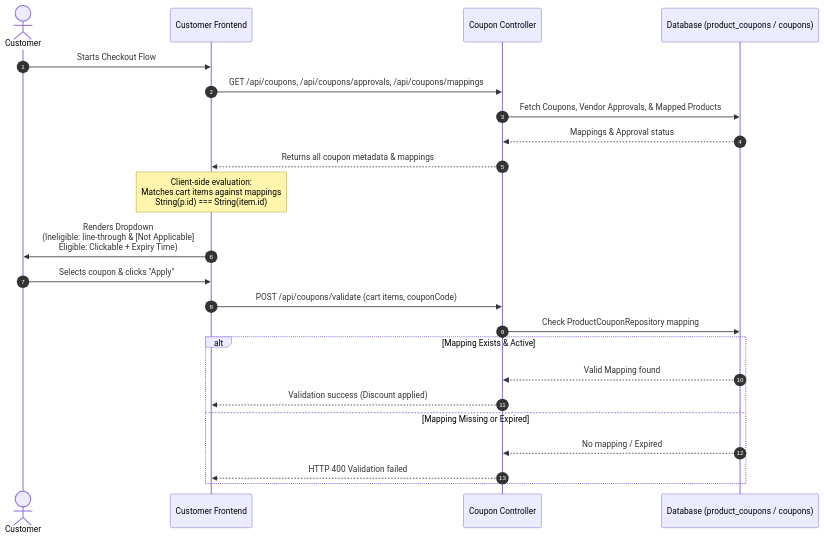
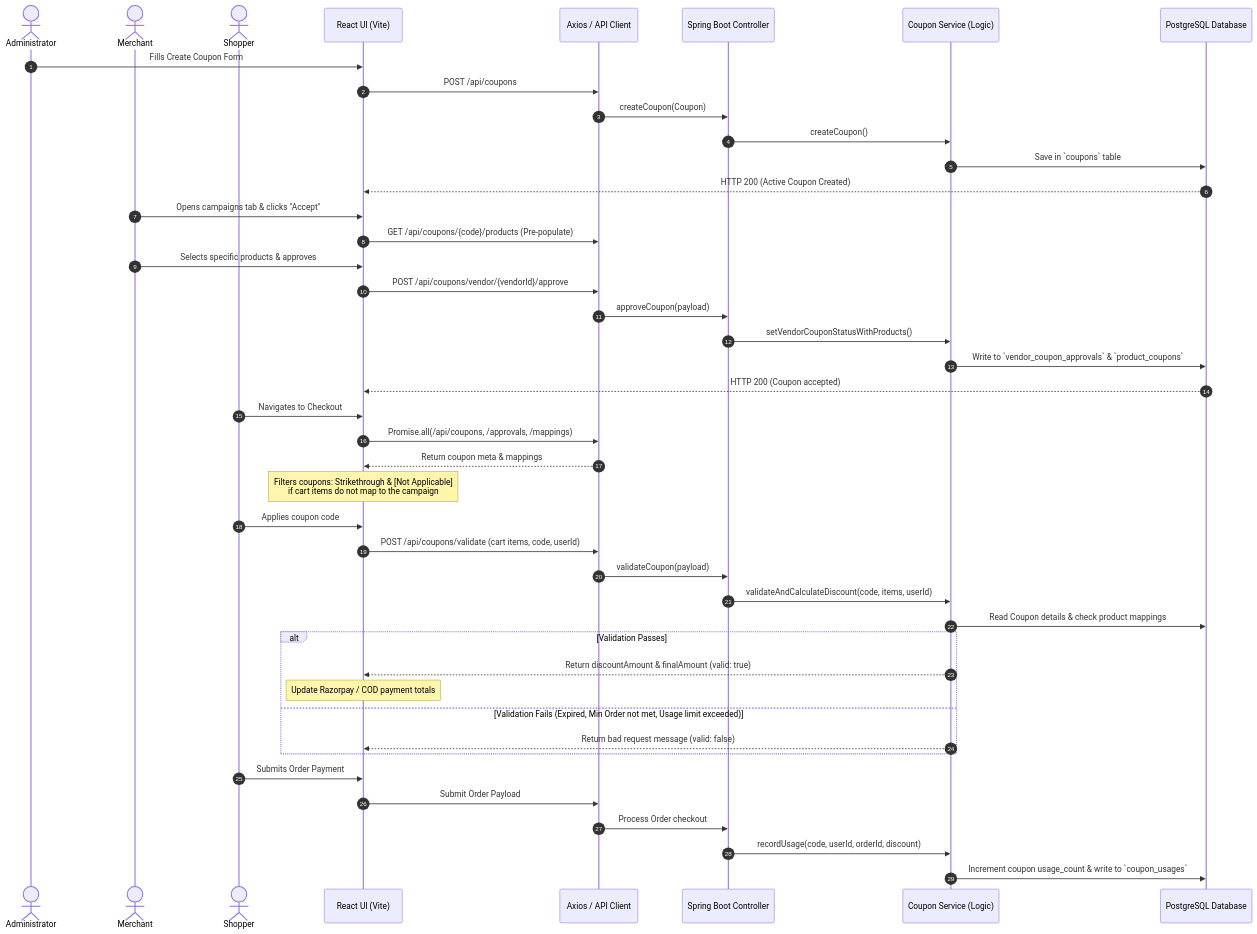
The diagram in README.md (anirban0021/ShopStack--Enterprise-Multi-Vendor-E-Commerce-Platform), drawn with Mermaid before and after one commit. The commit also changed other lines of this file, not shown here.

Commit message:
Enhancement: Implement Coupon and Promotion Engine with selective product mapping and advanced validation

````diff
--- a/README.md
+++ b/README.md
@@ -1149,26 +1191,54 @@
 ```mermaid
 sequenceDiagram
     autonumber
-    actor Customer
-    participant FE as Customer Frontend
-    participant BE as Coupon Controller
-    participant DB as Database (product_coupons / coupons)
+    actor Admin as Administrator
+    actor Vendor as Merchant
+    actor Customer as Shopper
+    participant React as React UI (Vite)
+    participant Axios as Axios / API Client
+    participant Controller as Spring Boot Controller
+    participant Service as Coupon Service (Logic)
+    participant DB as PostgreSQL Database
 
-    Customer->>FE: Starts Checkout Flow
-    FE->>BE: GET /api/coupons, /api/coupons/approvals, /api/coupons/mappings
-    BE->>DB: Fetch Coupons, Vendor Approvals, & Mapped Products
-    DB-->>BE: Mappings & Approval status
-    BE-->>FE: Returns all coupon metadata & mappings
-    Note over FE: Client-side evaluation:<br/>Matches cart items against mappings<br/>String(p.id) === String(item.id)
-    FE->>Customer: Renders Dropdown<br/>(Ineligible: line-through & [Not Applicable]<br/>Eligible: Clickable + Expiry Time)
-    Customer->>FE: Selects coupon & clicks "Apply"
-    FE->>BE: POST /api/coupons/validate (cart items, couponCode)
-    BE->>DB: Check ProductCouponRepository mapping
-    alt Mapping Exists & Active
-        DB-->>BE: Valid Mapping found
-        BE-->>FE: Validation success (Discount applied)
-    else Mapping Missing or Expired
-        DB-->>BE: No mapping / Expired
-        BE-->>FE: HTTP 400 Validation failed
+    %% Admin Workflow
+    Admin->>React: Fills Create Coupon Form
+    React->>Axios: POST /api/coupons
+    Axios->>Controller: createCoupon(Coupon)
+    Controller->>Service: createCoupon()
+    Service->>DB: Save in `coupons` table
+    DB-->>React: HTTP 200 (Active Coupon Created)
+
+    %% Vendor Mapping Workflow
+    Vendor->>React: Opens campaigns tab & clicks "Accept"
+    React->>Axios: GET /api/coupons/{code}/products (Pre-populate)
+    Vendor->>React: Selects specific products & approves
+    React->>Axios: POST /api/coupons/vendor/{vendorId}/approve
+    Axios->>Controller: approveCoupon(payload)
+    Controller->>Service: setVendorCouponStatusWithProducts()
+    Service->>DB: Write to `vendor_coupon_approvals` & `product_coupons`
+    DB-->>React: HTTP 200 (Coupon accepted)
+
+    %% Customer Application Workflow
+    Customer->>React: Navigates to Checkout
+    React->>Axios: Promise.all(/api/coupons, /approvals, /mappings)
+    Axios-->>React: Return coupon meta & mappings
+    Note over React: Filters coupons: Strikethrough & [Not Applicable]<br/>if cart items do not map to the campaign
+    Customer->>React: Applies coupon code
+    React->>Axios: POST /api/coupons/validate (cart items, code, userId)
+    Axios->>Controller: validateCoupon(payload)
+    Controller->>Service: validateAndCalculateDiscount(code, items, userId)
+    Service->>DB: Read Coupon details & check product mappings
+    alt Validation Passes
+        Service-->>React: Return discountAmount & finalAmount (valid: true)
+        Note over React: Update Razorpay / COD payment totals
+    else Validation Fails (Expired, Min Order not met, Usage limit exceeded)
+        Service-->>React: Return bad request message (valid: false)
     end
+
+    %% Order Submission & Usage Tracking
+    Customer->>React: Submits Order Payment
+    React->>Axios: Submit Order Payload
+    Axios->>Controller: Process Order checkout
+    Controller->>Service: recordUsage(code, userId, orderId, discount)
+    Service->>DB: Increment coupon usage_count & write to `coupon_usages`
 ```
````
